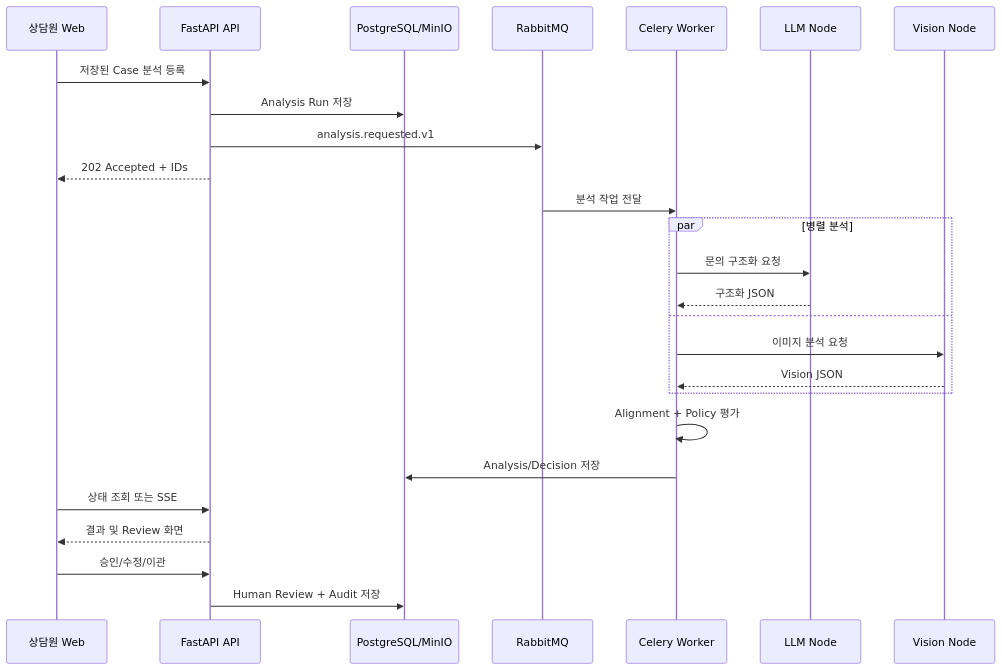
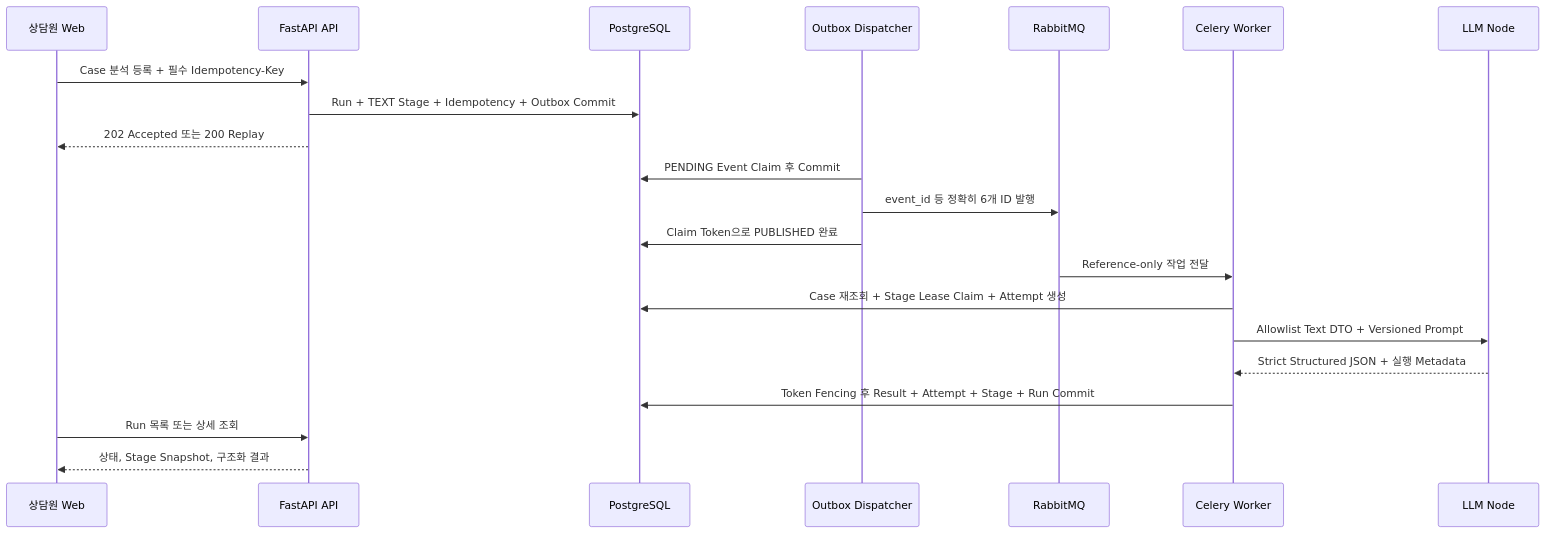
Before and after one commit to CSightICT/csight-core: the fourth of 4 diagrams in CSight_project_docs/docs/03_ARCHITECTURE.md, drawn with Mermaid. The commit also changed other lines of this file and 75 other files, not shown here.

Commit message:
feat: complete append-only LLM analysis pipeline

````diff
--- a/CSight_project_docs/docs/03_ARCHITECTURE.md
+++ b/CSight_project_docs/docs/03_ARCHITECTURE.md
@@ -184,29 +193,24 @@
 ```mermaid
 sequenceDiagram
     participant U as 상담원 Web
     participant A as FastAPI API
-    participant D as PostgreSQL/MinIO
+    participant D as PostgreSQL
+    participant X as Outbox Dispatcher
     participant Q as RabbitMQ
     participant W as Celery Worker
     participant L as LLM Node
-    participant V as Vision Node
 
-    U->>A: 저장된 Case 분석 등록
-    A->>D: Analysis Run 저장
-    A->>Q: analysis.requested.v1
-    A-->>U: 202 Accepted + IDs
-    Q->>W: 분석 작업 전달
-    par 병렬 분석
-        W->>L: 문의 구조화 요청
-        L-->>W: 구조화 JSON
-    and
-        W->>V: 이미지 분석 요청
-        V-->>W: Vision JSON
-    end
-    W->>W: Alignment + Policy 평가
-    W->>D: Analysis/Decision 저장
-    U->>A: 상태 조회 또는 SSE
-    A-->>U: 결과 및 Review 화면
-    U->>A: 승인/수정/이관
-    A->>D: Human Review + Audit 저장
+    U->>A: Case 분석 등록 + 필수 Idempotency-Key
+    A->>D: Run + TEXT Stage + Idempotency + Outbox Commit
+    A-->>U: 202 Accepted 또는 200 Replay
+    X->>D: PENDING Event Claim 후 Commit
+    X->>Q: event_id 등 정확히 6개 ID 발행
+    X->>D: Claim Token으로 PUBLISHED 완료
+    Q->>W: Reference-only 작업 전달
+    W->>D: Case 재조회 + Stage Lease Claim + Attempt 생성
+    W->>L: Allowlist Text DTO + Versioned Prompt
+    L-->>W: Strict Structured JSON + 실행 Metadata
+    W->>D: Token Fencing 후 Result + Attempt + Stage + Run Commit
+    U->>A: Run 목록 또는 상세 조회
+    A-->>U: 상태, Stage Snapshot, 구조화 결과
 ```
````
